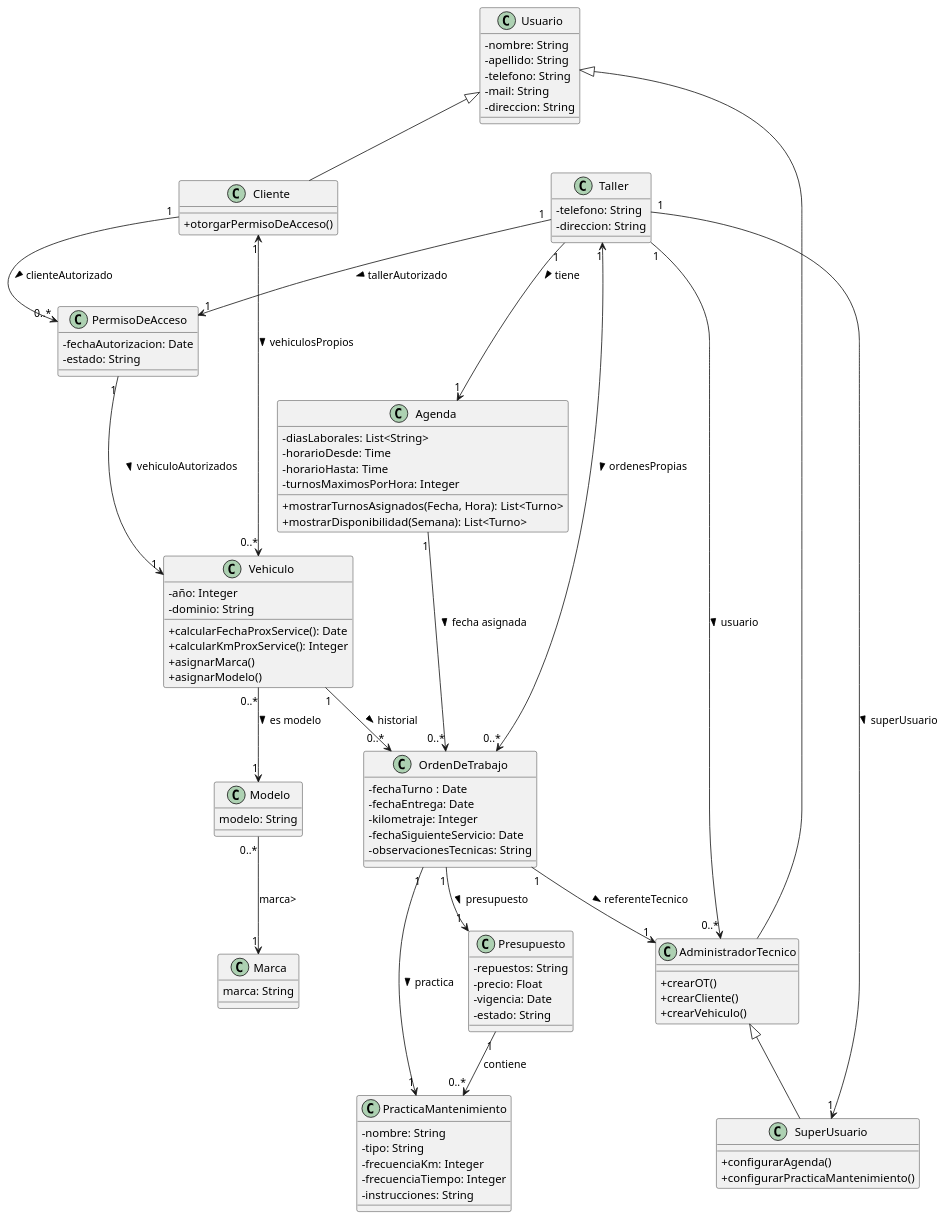
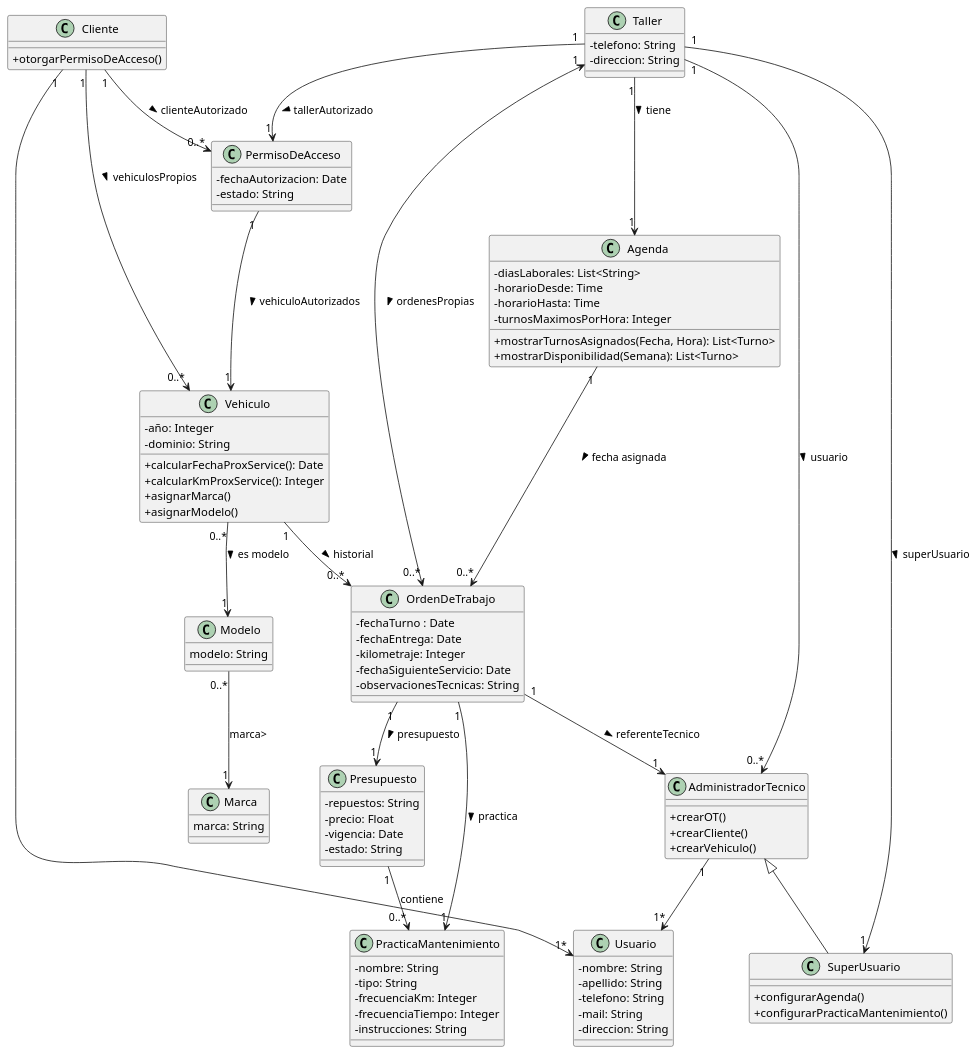
Before and after one commit to alexisbelesia/proyecto-Autolog: the diagram in BACKEND/UML/autologUML.puml, drawn with PlantUML. The commit also changed 20 other files, not shown here.

```diff
--- a/BACKEND/UML/autologUML.puml
+++ b/BACKEND/UML/autologUML.puml
@@ -1,123 +1,123 @@
 @startuml Autolog
 skinparam classAttributeIconSize 0
 
 class Vehiculo {
   - año: Integer
   - dominio: String
   
   
   + calcularFechaProxService(): Date
   + calcularKmProxService(): Integer
   + asignarMarca()
   + asignarModelo()
 }
 class Marca {
   marca: String
 }
 
 class Modelo {
   modelo: String
 }
 class Usuario {
   - nombre: String
   - apellido: String
   - telefono: String
   - mail: String
   - direccion: String
 }
 
 class OrdenDeTrabajo {
   
   - fechaTurno : Date
   - fechaEntrega: Date
   - kilometraje: Integer
   - fechaSiguienteServicio: Date
   - observacionesTecnicas: String
 
   
 }
 
 class Taller {
   - telefono: String
   - direccion: String
  
 }
 class Cliente {
   + otorgarPermisoDeAcceso()
 }
 class AdministradorTecnico {
     
     
     + crearOT()
     + crearCliente()
     + crearVehiculo()
 }
 
 class SuperUsuario {
     + configurarAgenda()
     + configurarPracticaMantenimiento()
 }
 
 
 class PermisoDeAcceso {
   - fechaAutorizacion: Date
   - estado: String
 }
 
 class PracticaMantenimiento {
   - nombre: String
   - tipo: String
   - frecuenciaKm: Integer
   - frecuenciaTiempo: Integer
   - instrucciones: String
 }
 
 class Presupuesto {
   - repuestos: String
   - precio: Float
   - vigencia: Date
   - estado: String
 }
 
 class Agenda {
   - diasLaborales: List<String>
   - horarioDesde: Time
   - horarioHasta: Time
   - turnosMaximosPorHora: Integer
 
   + mostrarTurnosAsignados(Fecha, Hora): List<Turno>
   + mostrarDisponibilidad(Semana): List<Turno>
 }
 
 
 ' Relaciones
-Usuario <|-- Cliente
-Usuario <|-- AdministradorTecnico
-Cliente "1" <--> "0..*" Vehiculo : vehiculosPropios >
+Cliente "1"--> "1*" Usuario
+AdministradorTecnico "1"--> "1*" Usuario
+Cliente "1" --> "0..*" Vehiculo : vehiculosPropios >
 Cliente "1" --> "0..*" PermisoDeAcceso : clienteAutorizado >
 
 AdministradorTecnico <|-- SuperUsuario
 
 Vehiculo "1" --> "0..*" OrdenDeTrabajo : historial >
 Vehiculo "0..*" --> "1" Modelo: es modelo > 
 
 Modelo "0..*"--> "1" Marca: marca>
 
 OrdenDeTrabajo "1" --> "1" AdministradorTecnico : referenteTecnico >
 OrdenDeTrabajo "1" --> "1" PracticaMantenimiento : practica >
 OrdenDeTrabajo "1" --> "1" Presupuesto : presupuesto >
 
 Taller "1" <--> "0..*" OrdenDeTrabajo : ordenesPropias >
 Taller "1" --> "1" SuperUsuario : superUsuario >
 Taller "1" --> "0..*" AdministradorTecnico : usuario >
 Taller "1" --> "1" Agenda : tiene >
 
 
 PermisoDeAcceso "1" --> "1" Vehiculo : vehiculoAutorizados >
 Taller "1" --> "1" PermisoDeAcceso : tallerAutorizado >
 
 Agenda "1" --> "0..*" OrdenDeTrabajo : fecha asignada >
 
 Presupuesto "1" --> "0..*" PracticaMantenimiento : contiene
 
 @enduml
```
